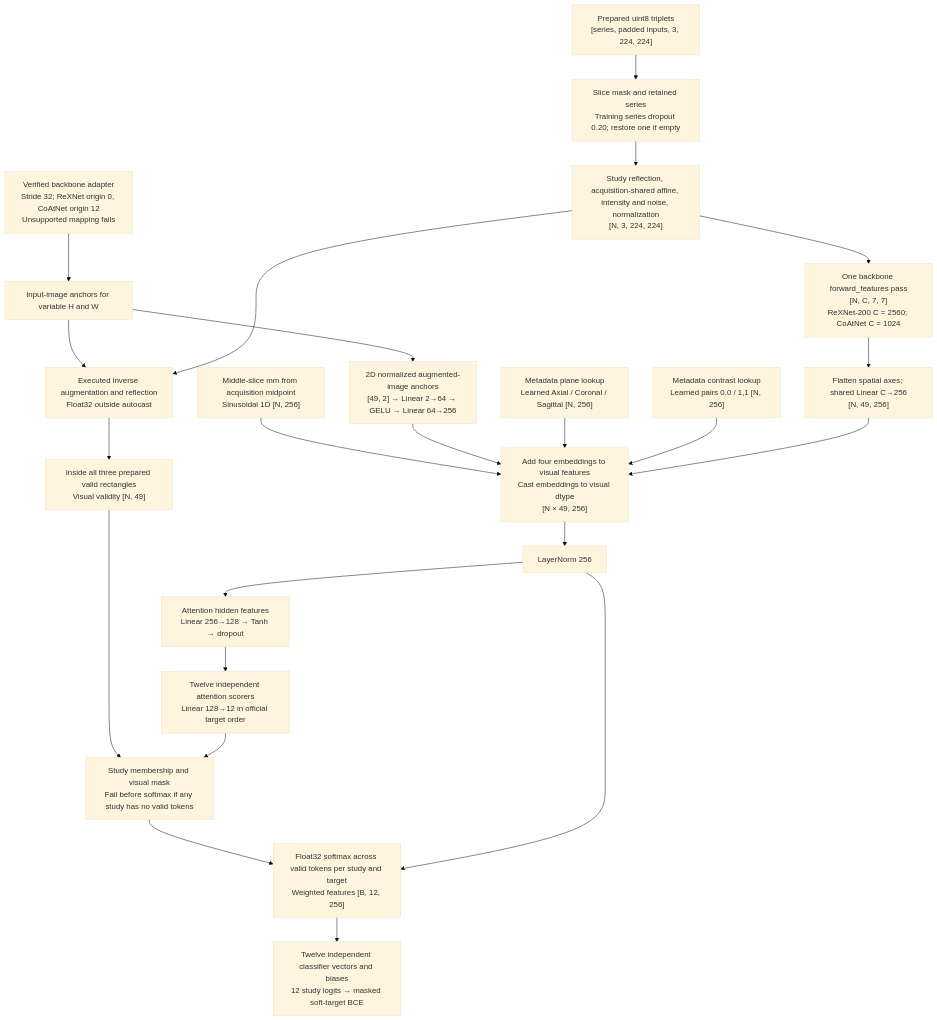
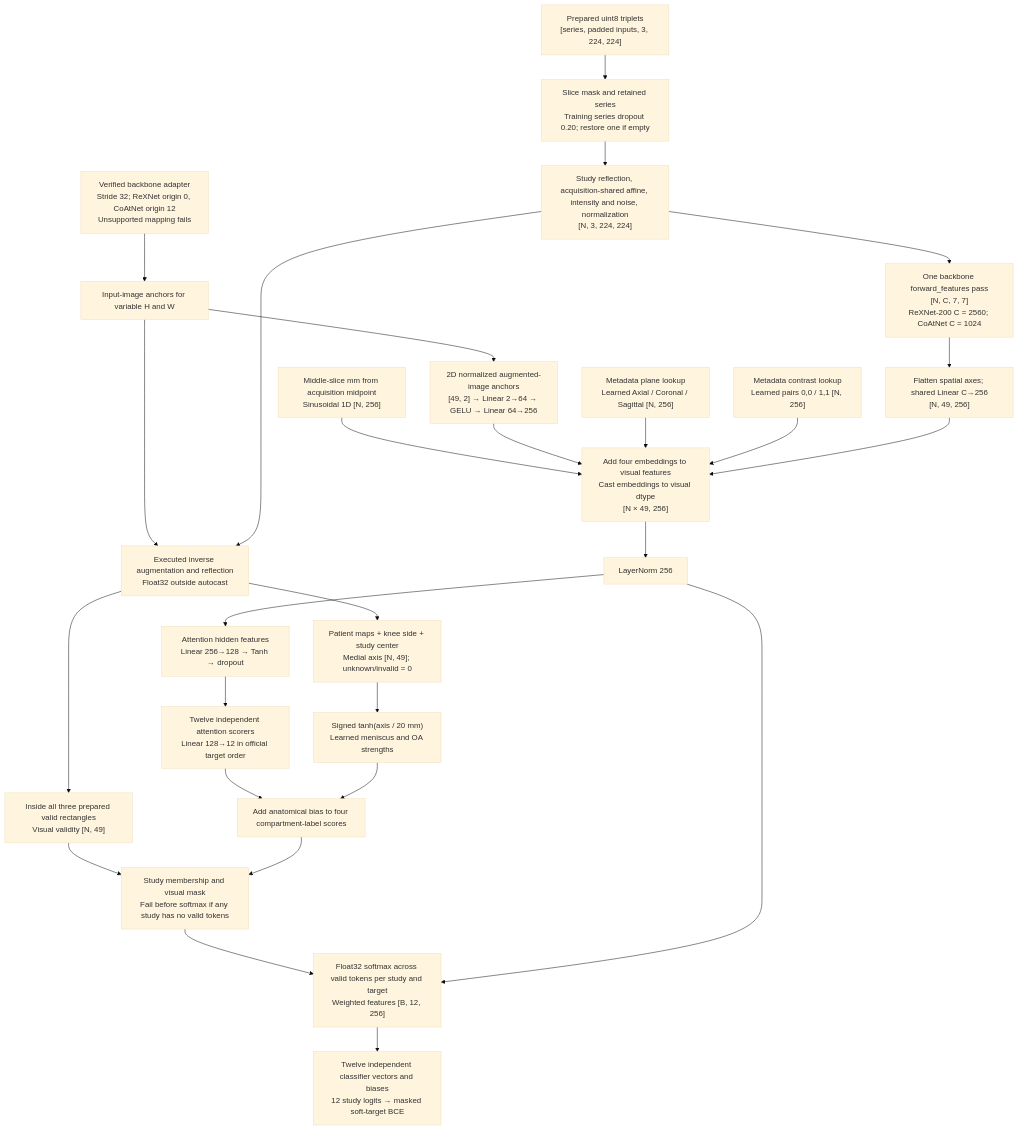
The diagram in docs/modeling/model-shapes.md (claverru/knee-abnormality), drawn with Mermaid (base theme) before and after one commit. The commit also changed other lines of this file and 79 other files, not shown here.

````diff
--- a/docs/modeling/model-shapes.md
+++ b/docs/modeling/model-shapes.md
@@ -20,25 +20,29 @@
 ```mermaid
 flowchart TD
     Input["Prepared uint8 triplets<br/>[series, padded inputs, 3, 224, 224]"] --> Keep["Slice mask and retained series<br/>Training series dropout 0.20; restore one if empty"]
     Keep --> Aug["Study reflection, acquisition-shared affine, intensity and noise, normalization<br/>[N, 3, 224, 224]"]
     Aug --> CNN["One backbone forward_features pass<br/>[N, C, 7, 7]<br/>ReXNet-200 C = 2560; CoAtNet C = 1024"]
     CNN --> Project["Flatten spatial axes; shared Linear C→256<br/>[N, 49, 256]"]
     Adapter["Verified backbone adapter<br/>Stride 32; ReXNet origin 0, CoAtNet origin 12<br/>Unsupported mapping fails"] --> Anchor["Input-image anchors for variable H and W"]
     Anchor --> XY["2D normalized augmented-image anchors<br/>[49, 2] → Linear 2→64 → GELU → Linear 64→256"]
     Anchor --> Inverse["Executed inverse augmentation and reflection<br/>Float32 outside autocast"]
     Aug --> Inverse
     Inverse --> Visual["Inside all three prepared valid rectangles<br/>Visual validity [N, 49]"]
     OneD["Middle-slice mm from acquisition midpoint<br/>Sinusoidal 1D [N, 256]"] --> Sum
     XY --> Sum
     Plane["Metadata plane lookup<br/>Learned Axial / Coronal / Sagittal [N, 256]"] --> Sum
     Contrast["Metadata contrast lookup<br/>Learned pairs 0,0 / 1,1 [N, 256]"] --> Sum
     Project --> Sum["Add four embeddings to visual features<br/>Cast embeddings to visual dtype<br/>[N × 49, 256]"]
     Sum --> Norm["LayerNorm 256"]
     Norm --> Hidden["Attention hidden features<br/>Linear 256→128 → Tanh → dropout"]
     Hidden --> Score["Twelve independent attention scorers<br/>Linear 128→12 in official target order"]
     Visual --> Mask["Study membership and visual mask<br/>Fail before softmax if any study has no valid tokens"]
-    Score --> Mask
+    Inverse --> Axis["Patient maps + knee side + study center<br/>Medial axis [N, 49]; unknown/invalid = 0"]
+    Axis --> Bias["Signed tanh(axis / 20 mm)<br/>Learned meniscus and OA strengths"]
+    Score --> Anatomical["Add anatomical bias to four compartment-label scores"]
+    Bias --> Anatomical
+    Anatomical --> Mask
     Mask --> MIL["Float32 softmax across valid tokens per study and target<br/>Weighted features [B, 12, 256]"]
     Norm --> MIL
     MIL --> Head["Twelve independent classifier vectors and biases<br/>12 study logits → masked soft-target BCE"]
 ```
````
